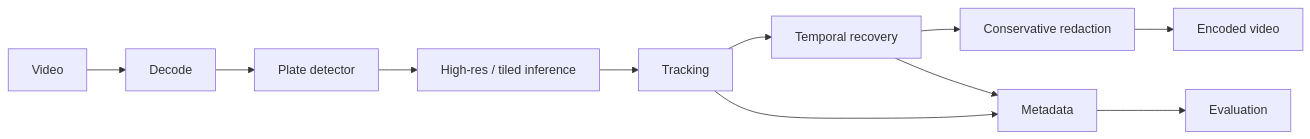
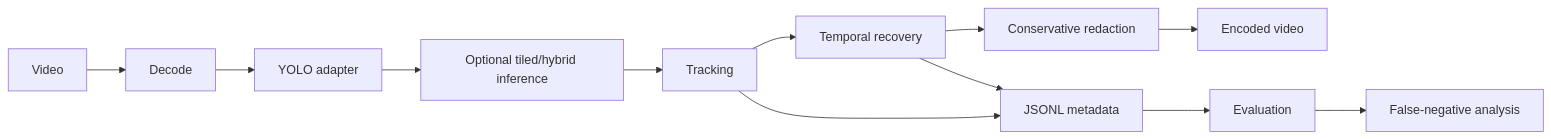
One commit to alaamadii/license-plate-video-anonymizer changed the diagram in README.md. Above: the diagram before and after it, drawn with Mermaid. The commit also changed other lines of this file, not shown here.

````diff
--- a/README.md
+++ b/README.md
@@ -13,13 +11,14 @@
 ```mermaid
 flowchart LR
     A[Video] --> B[Decode]
-    B --> C[Plate detector]
-    C --> D[High-res / tiled inference]
+    B --> C[YOLO adapter]
+    C --> D[Optional tiled/hybrid inference]
     D --> E[Tracking]
     E --> F[Temporal recovery]
     F --> G[Conservative redaction]
     G --> H[Encoded video]
-    E --> I[Metadata]
+    E --> I[JSONL metadata]
     F --> I
     I --> J[Evaluation]
+    J --> K[False-negative analysis]
 ```
````
